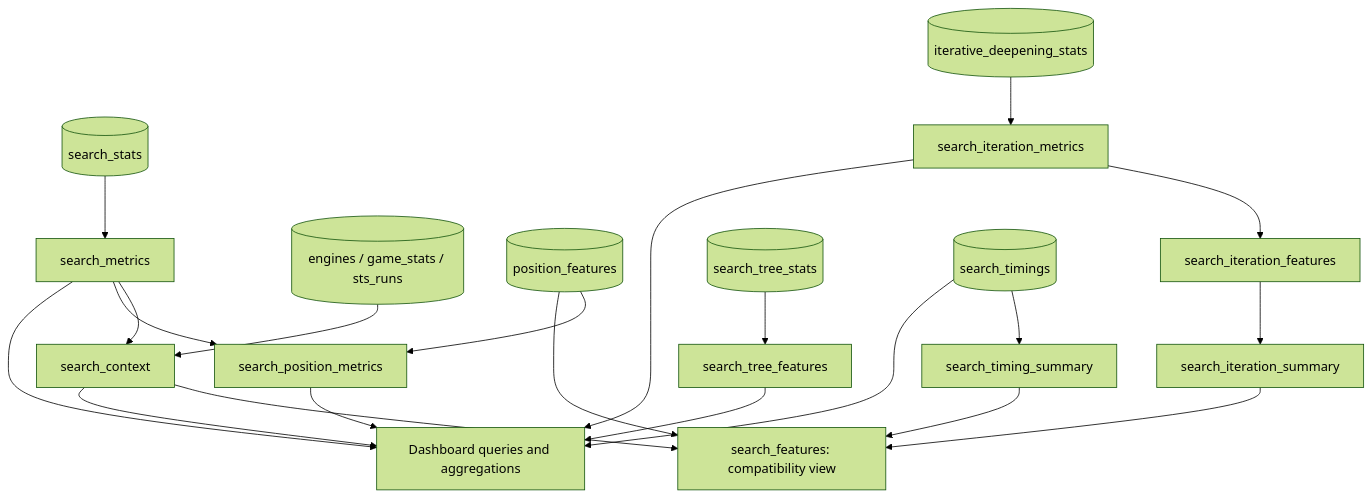
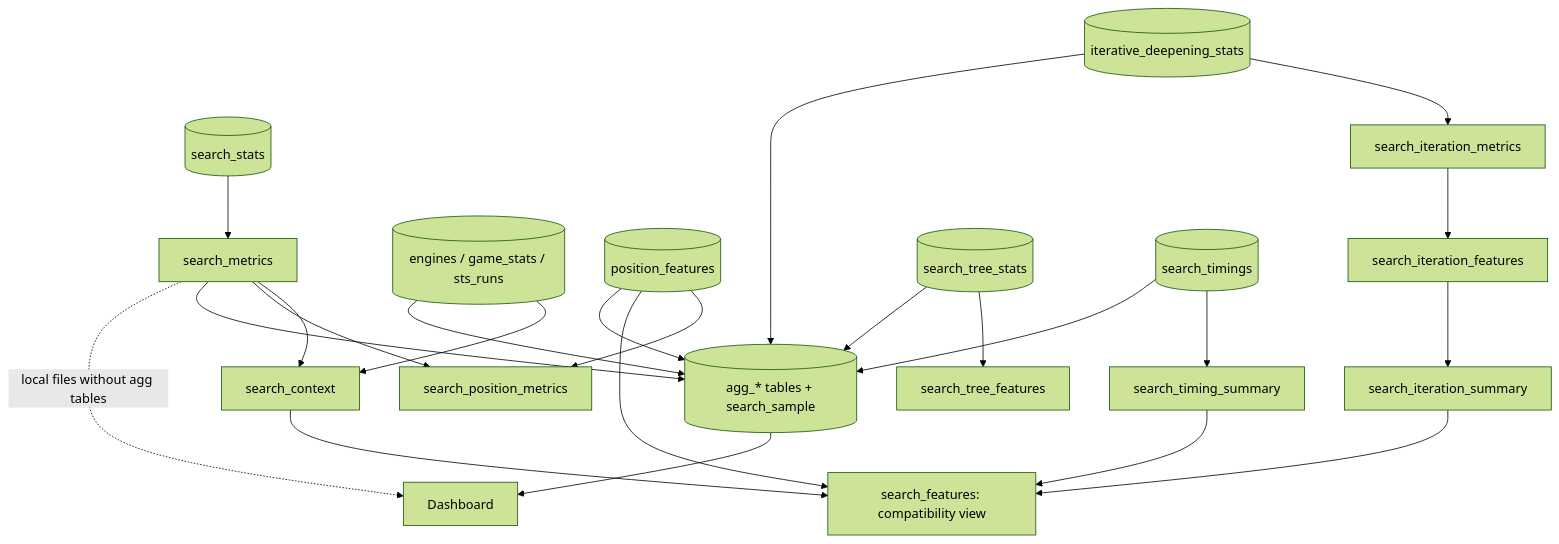
The second of 2 diagrams in docs/databases.md (maxolek/san-jacinto), drawn with Mermaid (forest theme) before and after one commit. The commit also changed other lines of this file and 106 other files, not shown here.

````diff
--- a/docs/databases.md
+++ b/docs/databases.md
@@ -81,23 +81,25 @@
 ```mermaid
 flowchart TD
     S[(search_stats)] --> M[search_metrics]
     M --> C[search_context]
     E[(engines / game_stats / sts_runs)] --> C
     M --> P[search_position_metrics]
     PF[(position_features)] --> P
     I[(iterative_deepening_stats)] --> IM[search_iteration_metrics]
     IM --> IF[search_iteration_features]
     IF --> IS[search_iteration_summary]
     T[(search_tree_stats)] --> TF[search_tree_features]
     ST[(search_timings)] --> TS[search_timing_summary]
     C --> COMP[search_features: compatibility view]
     PF --> COMP
     IS --> COMP
     TS --> COMP
-    M --> DASH[Dashboard queries and aggregations]
-    C --> DASH
-    P --> DASH
-    IM --> DASH
-    TF --> DASH
-    ST --> DASH
+    M --> AGG[(agg_* tables + search_sample)]
+    PF --> AGG
+    I --> AGG
+    T --> AGG
+    ST --> AGG
+    E --> AGG
+    AGG --> DASH[Dashboard]
+    M -. local files without agg tables .-> DASH
 ```
````
